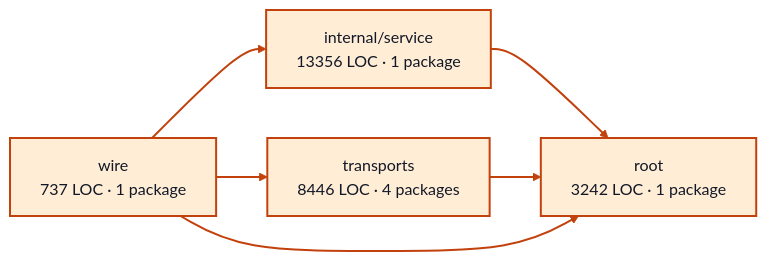
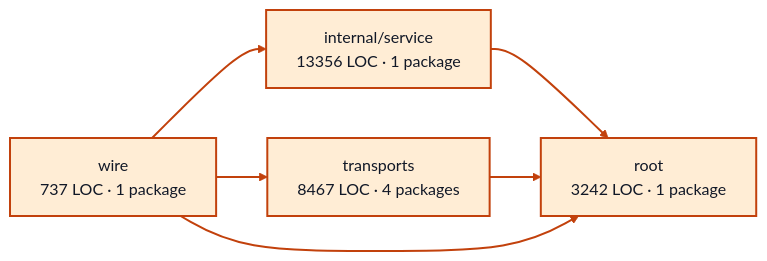
The diagram in docs/architecture/visualizations/services/worker_sessions.md (portpowered/you-agent-factory), drawn with Mermaid before and after one commit. The commit also changed other lines of this file and 20 other files, not shown here.

Commit message:
docs: refresh backend architecture visualizations

````diff
--- a/docs/architecture/visualizations/services/worker_sessions.md
+++ b/docs/architecture/visualizations/services/worker_sessions.md
@@ -11,17 +11,17 @@
 ```mermaid
 flowchart LR
   p0["internal/service<br/>13356 LOC · 1 package"]
   p1["root<br/>3242 LOC · 1 package"]
-  p2["transports<br/>8446 LOC · 4 packages"]
+  p2["transports<br/>8467 LOC · 4 packages"]
   p3["wire<br/>737 LOC · 1 package"]
   p0 --> p1
   p2 --> p1
   p3 --> p0
   p3 --> p1
   p3 --> p2
   style p0 fill:#ffedd5,stroke:#c2410c,stroke-width:2px,color:#111827
   style p1 fill:#ffedd5,stroke:#c2410c,stroke-width:2px,color:#111827
   style p2 fill:#ffedd5,stroke:#c2410c,stroke-width:2px,color:#111827
   style p3 fill:#ffedd5,stroke:#c2410c,stroke-width:2px,color:#111827
   linkStyle default stroke:#c2410c,stroke-width:2px
 ```
````
